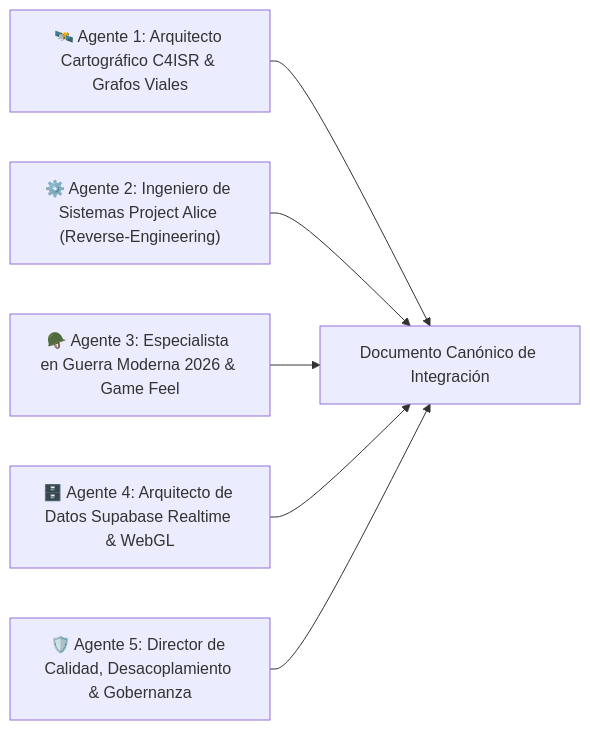
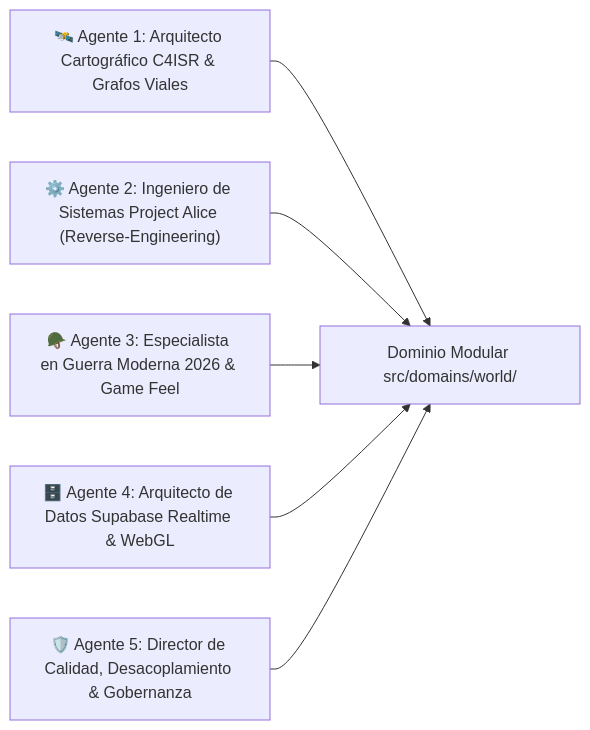
One commit to davikisea/GEOTACTICS-ONLINE changed the second of 8 diagrams in docs/PROPUESTA_INGENIERIA_MAPA_METAPOLITICA_ALICE_CABIMAS.md. Above: the diagram before and after it, drawn with Mermaid. The commit also changed other lines of this file and 352 other files, not shown here.

Commit message:
feat(architecture): migración modular a 4 dominios (@domains/*), consolidación de base de datos y sincronización de suites deterministas

````diff
--- a/docs/PROPUESTA_INGENIERIA_MAPA_METAPOLITICA_ALICE_CABIMAS.md
+++ b/docs/PROPUESTA_INGENIERIA_MAPA_METAPOLITICA_ALICE_CABIMAS.md
@@ -78,14 +90,14 @@
 ```mermaid
 graph LR
     A1["🛰️ Agente 1: Arquitecto Cartográfico C4ISR & Grafos Viales"]
     A2["⚙️ Agente 2: Ingeniero de Sistemas Project Alice (Reverse-Engineering)"]
     A3["🪖 Agente 3: Especialista en Guerra Moderna 2026 & Game Feel"]
     A4["🗄️ Agente 4: Arquitecto de Datos Supabase Realtime & WebGL"]
     A5["🛡️ Agente 5: Director de Calidad, Desacoplamiento & Gobernanza"]
 
-    A1 --> CoreDoc["Documento Canónico de Integración"]
+    A1 --> CoreDoc["Dominio Modular src/domains/world/"]
     A2 --> CoreDoc
     A3 --> CoreDoc
     A4 --> CoreDoc
     A5 --> CoreDoc
 ```
````
